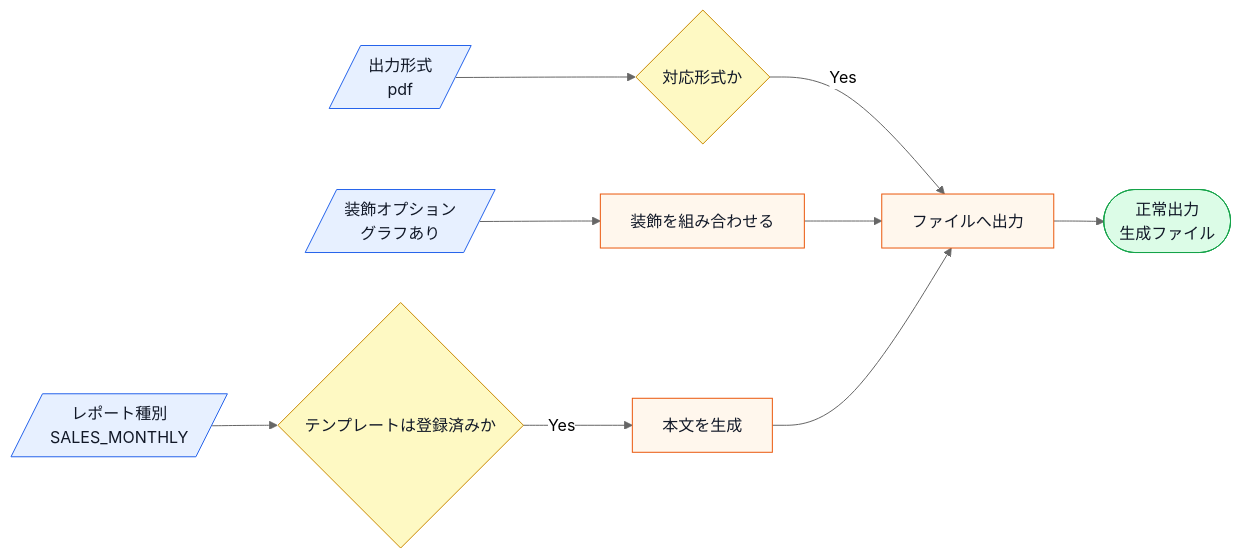
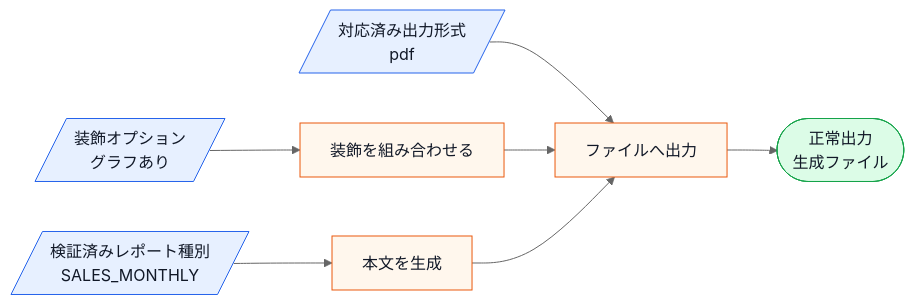
Before and after one commit to kumachan1101-pixel/DesignPattern: the second of 12 diagrams in kindle/design-patterns/output/chapter11.md, drawn with Mermaid (neutral theme). The commit also changed other lines of this file and 20 other files, not shown here.

````diff
--- a/kindle/design-patterns/output/chapter11.md
+++ b/kindle/design-patterns/output/chapter11.md
@@ -71,16 +71,14 @@
 ```mermaid
 flowchart LR
-    A[/レポート種別<br>SALES_MONTHLY/]:::input --> B{テンプレートは登録済みか}:::decision
-    C[/出力形式<br>pdf/]:::input --> D{対応形式か}:::decision
+    A[/検証済みレポート種別<br>SALES_MONTHLY/]:::input --> G[本文を生成]:::process
+    C[/対応済み出力形式<br>pdf/]:::input --> H[ファイルへ出力]:::process
     E[/装飾オプション<br>グラフあり/]:::input --> F[装飾を組み合わせる]:::process
-    B -->|Yes| G[本文を生成]:::process
-    D -->|Yes| H[ファイルへ出力]:::process
     F --> H
     G --> H
     H --> I([正常出力<br>生成ファイル]):::normal
 
     classDef input fill:#e7f0ff,stroke:#2563eb,color:#111827;
     classDef process fill:#fff7ed,stroke:#ea580c,color:#111827;
     classDef decision fill:#fef9c3,stroke:#ca8a04,color:#111827;
     classDef normal fill:#dcfce7,stroke:#16a34a,color:#111827;
 ```
````
